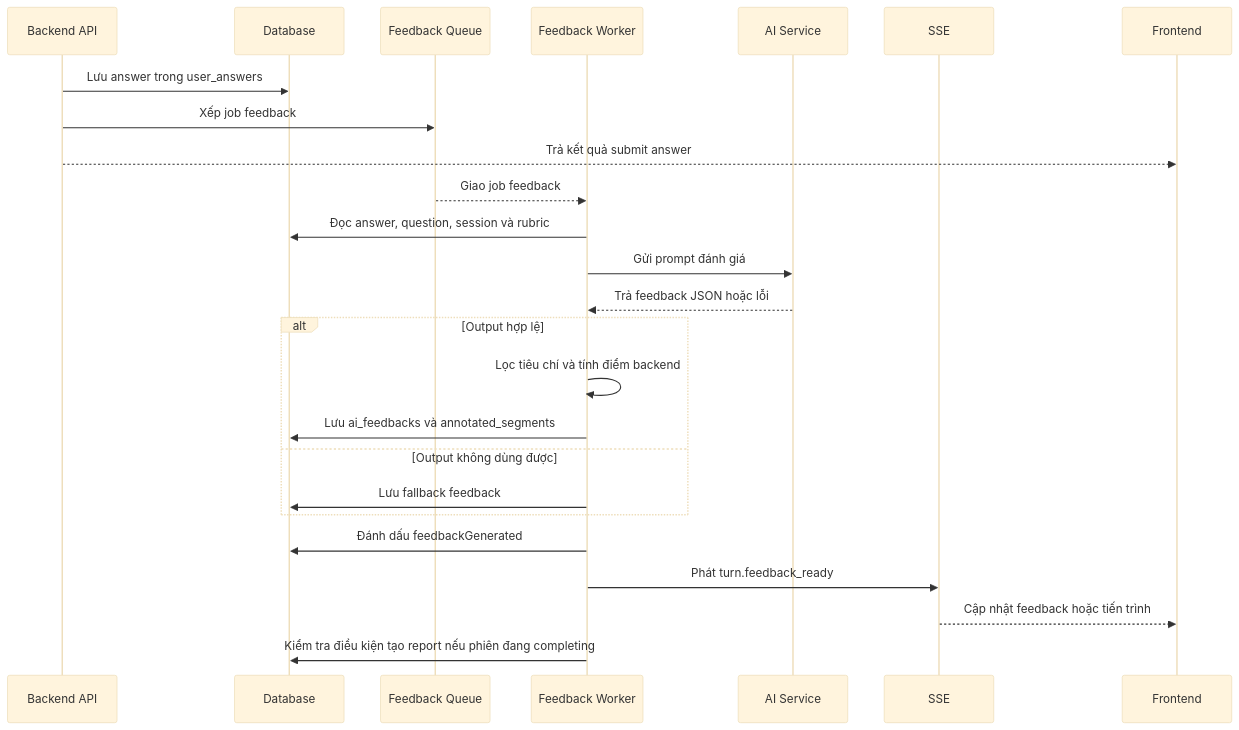
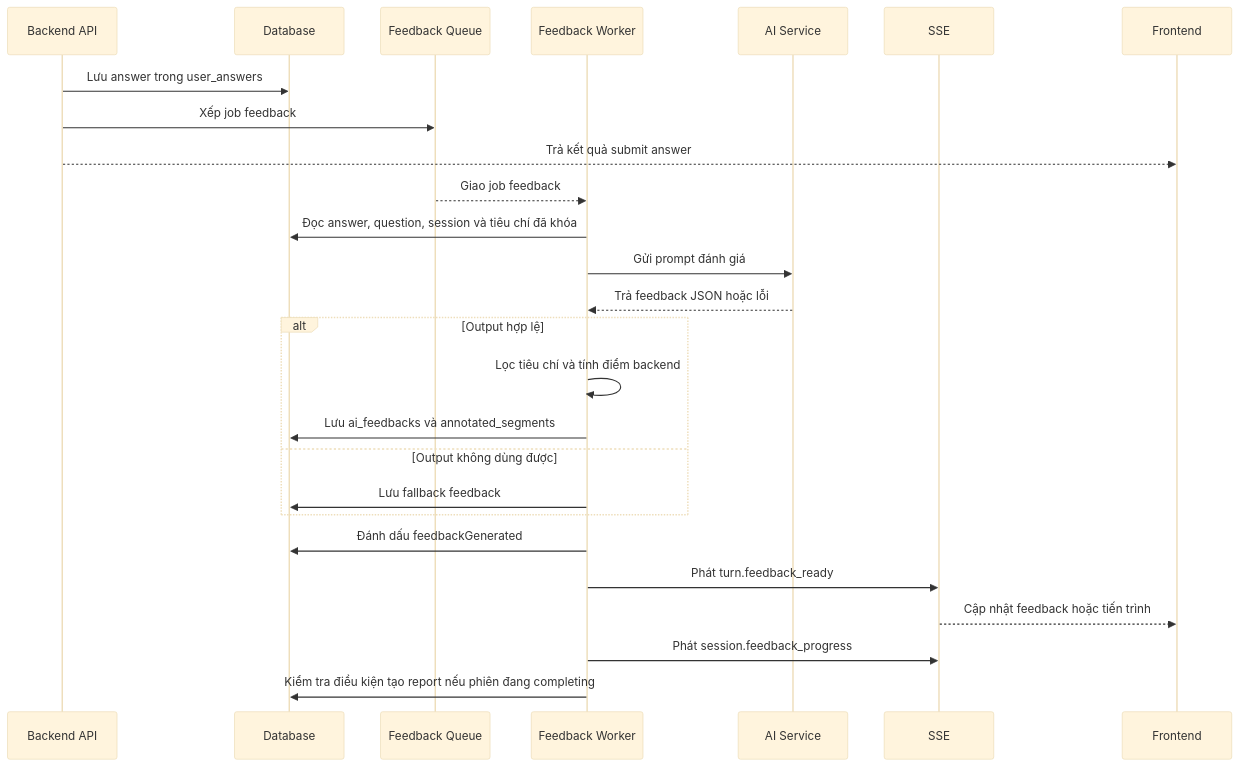
Diagram 11 of 18 in docs/final_report/Chuong4.md (lethanhan01/interview-coach), drawn with Mermaid (base theme) before and after one commit. The commit also changed other lines of this file and 2 other files, not shown here.

````diff
--- a/docs/final_report/Chuong4.md
+++ b/docs/final_report/Chuong4.md
@@ -646,30 +718,31 @@
 ```mermaid
 sequenceDiagram
     participant API as Backend API
     participant DB as Database
     participant Q as Feedback Queue
     participant Worker as Feedback Worker
     participant AI as AI Service
     participant SSE as SSE
     participant FE as Frontend
 
     API->>DB: Lưu answer trong user_answers
     API->>Q: Xếp job feedback
     API-->>FE: Trả kết quả submit answer
     Q-->>Worker: Giao job feedback
-    Worker->>DB: Đọc answer, question, session và rubric
+    Worker->>DB: Đọc answer, question, session và tiêu chí đã khóa
     Worker->>AI: Gửi prompt đánh giá
     AI-->>Worker: Trả feedback JSON hoặc lỗi
 
     alt Output hợp lệ
         Worker->>Worker: Lọc tiêu chí và tính điểm backend
         Worker->>DB: Lưu ai_feedbacks và annotated_segments
     else Output không dùng được
         Worker->>DB: Lưu fallback feedback
     end
 
     Worker->>DB: Đánh dấu feedbackGenerated
     Worker->>SSE: Phát turn.feedback_ready
     SSE-->>FE: Cập nhật feedback hoặc tiến trình
+    Worker->>SSE: Phát session.feedback_progress
     Worker->>DB: Kiểm tra điều kiện tạo report nếu phiên đang completing
 ```
````
